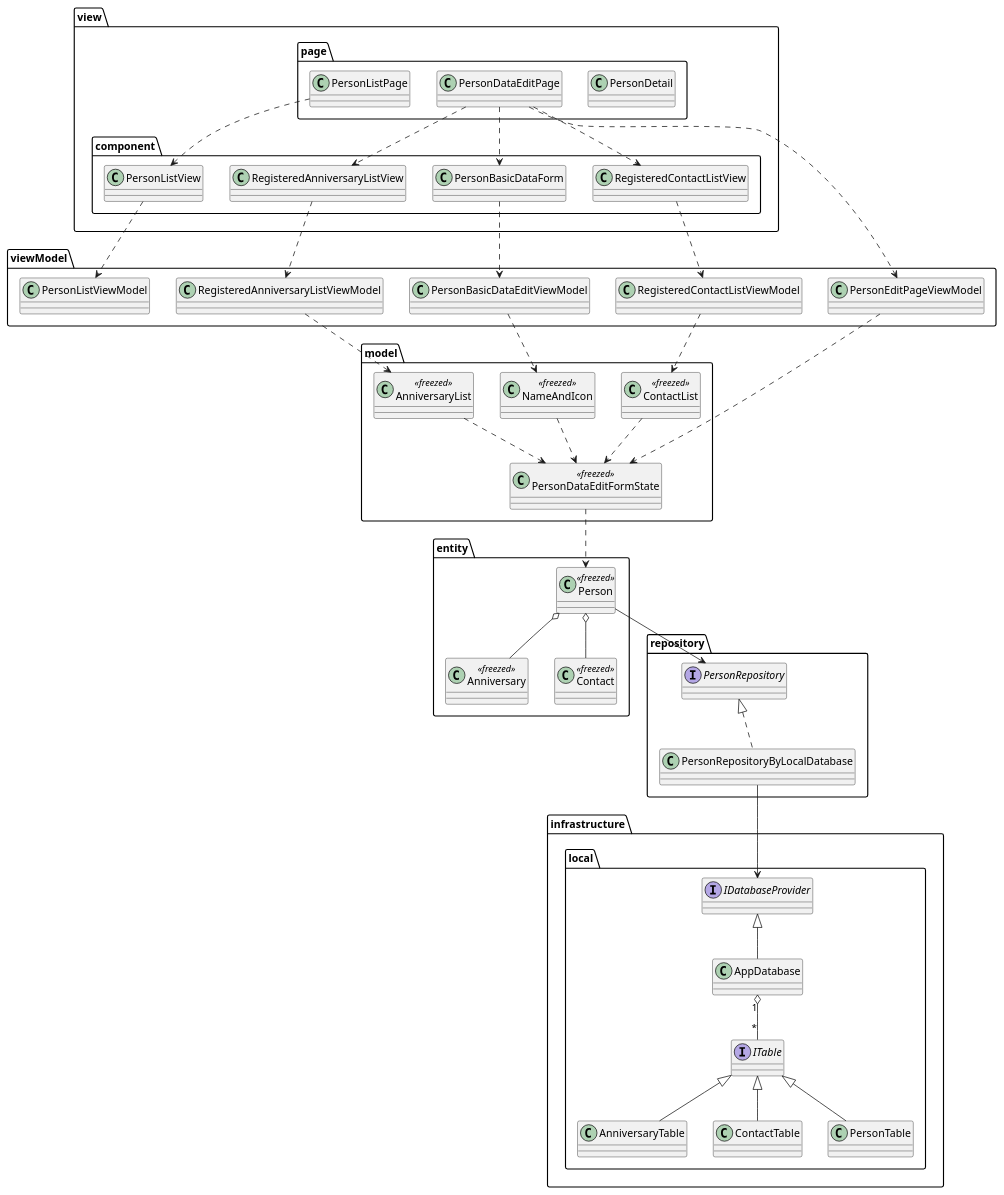
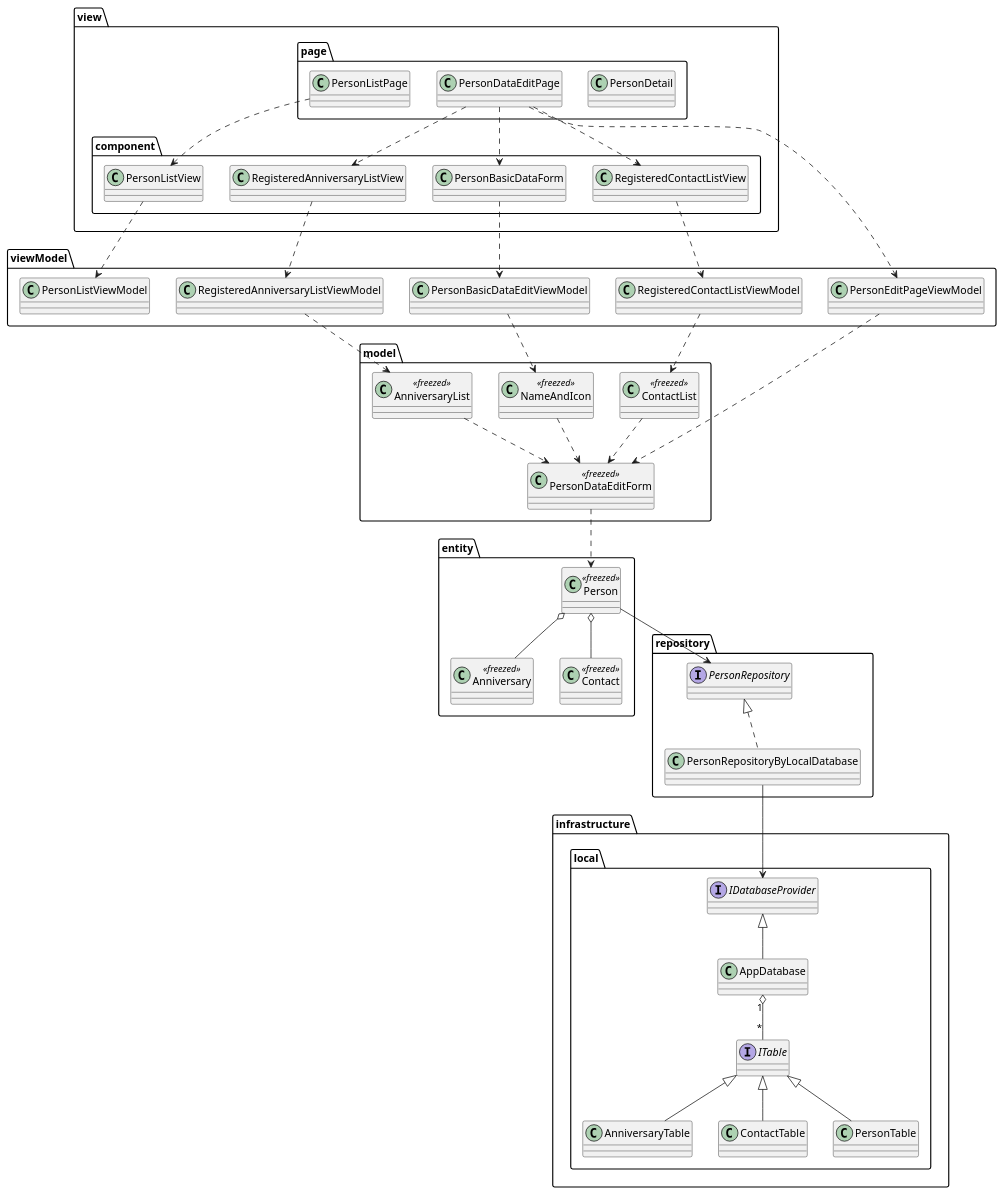
Before and after one commit to nmskm240/friend_list: the diagram in uml/class_diagram.pu, drawn with PlantUML. The commit also changed 7 other files, not shown here.

```diff
--- a/uml/class_diagram.pu
+++ b/uml/class_diagram.pu
@@ -1,94 +1,94 @@
 @startuml
 
 package view {
     package page {
         class PersonDetail
         class PersonDataEditPage
         class PersonListPage
     }
 
     package component {
         class PersonListView
         class PersonBasicDataForm
         class RegisteredAnniversaryListView
         class RegisteredContactListView
     }
 }
 
 package viewModel {
     class PersonListViewModel
     class PersonBasicDataEditViewModel
     class RegisteredAnniversaryListViewModel
     class RegisteredContactListViewModel
     class PersonEditPageViewModel
 }
 
 package model {
-    class PersonDataEditFormState<<freezed>>
+    class PersonDataEditForm<<freezed>>
     class NameAndIcon<<freezed>>
     class AnniversaryList<<freezed>>
     class ContactList<<freezed>>
 }
 
 
 package repository {
     interface PersonRepository
     class PersonRepositoryByLocalDatabase
 }
 
 package entity {
     class Anniversary<<freezed>>
     class Contact<<freezed>>
     class Person<<freezed>>
 }
 
 package infrastructure {
     package local {
         class AnniversaryTable
         class AppDatabase
         class ContactTable
         class PersonTable
         interface IDatabaseProvider
         interface ITable
     }
 }
 
 PersonListView ..> PersonListViewModel
 
 PersonListPage ..> PersonListView
 PersonDataEditPage ..> PersonBasicDataForm
 PersonDataEditPage ..> RegisteredAnniversaryListView
 PersonDataEditPage ..> RegisteredContactListView
 
 PersonDataEditPage ..> PersonEditPageViewModel
 PersonBasicDataForm ..> PersonBasicDataEditViewModel
 RegisteredAnniversaryListView ..> RegisteredAnniversaryListViewModel
 RegisteredContactListView ..> RegisteredContactListViewModel
 
-PersonEditPageViewModel ..> PersonDataEditFormState
+PersonEditPageViewModel ..> PersonDataEditForm
 PersonBasicDataEditViewModel ..> NameAndIcon
 RegisteredAnniversaryListViewModel ..> AnniversaryList
 RegisteredContactListViewModel ..> ContactList
 
-NameAndIcon ..> PersonDataEditFormState
-AnniversaryList ..> PersonDataEditFormState
-ContactList ..> PersonDataEditFormState
+NameAndIcon ..> PersonDataEditForm
+AnniversaryList ..> PersonDataEditForm
+ContactList ..> PersonDataEditForm
 
-PersonDataEditFormState ..> Person
+PersonDataEditForm ..> Person
 
 Person o-- Anniversary
 Person o-- Contact
 
 Person --> PersonRepository
 
 PersonRepository <|.. PersonRepositoryByLocalDatabase
 
 PersonRepositoryByLocalDatabase --> IDatabaseProvider
 
 ITable <|-- AnniversaryTable
 ITable <|-- ContactTable
 ITable <|-- PersonTable
 AppDatabase "1" o-- "*" ITable
 IDatabaseProvider <|-- AppDatabase
 
 @enduml
```
